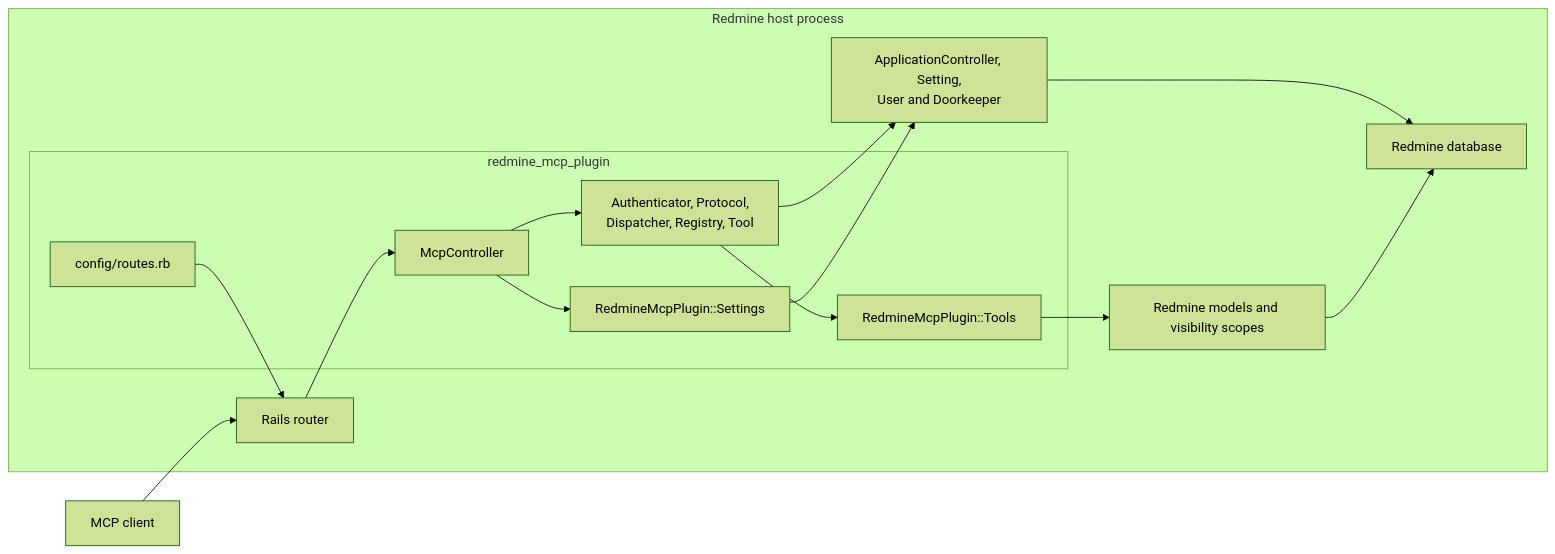
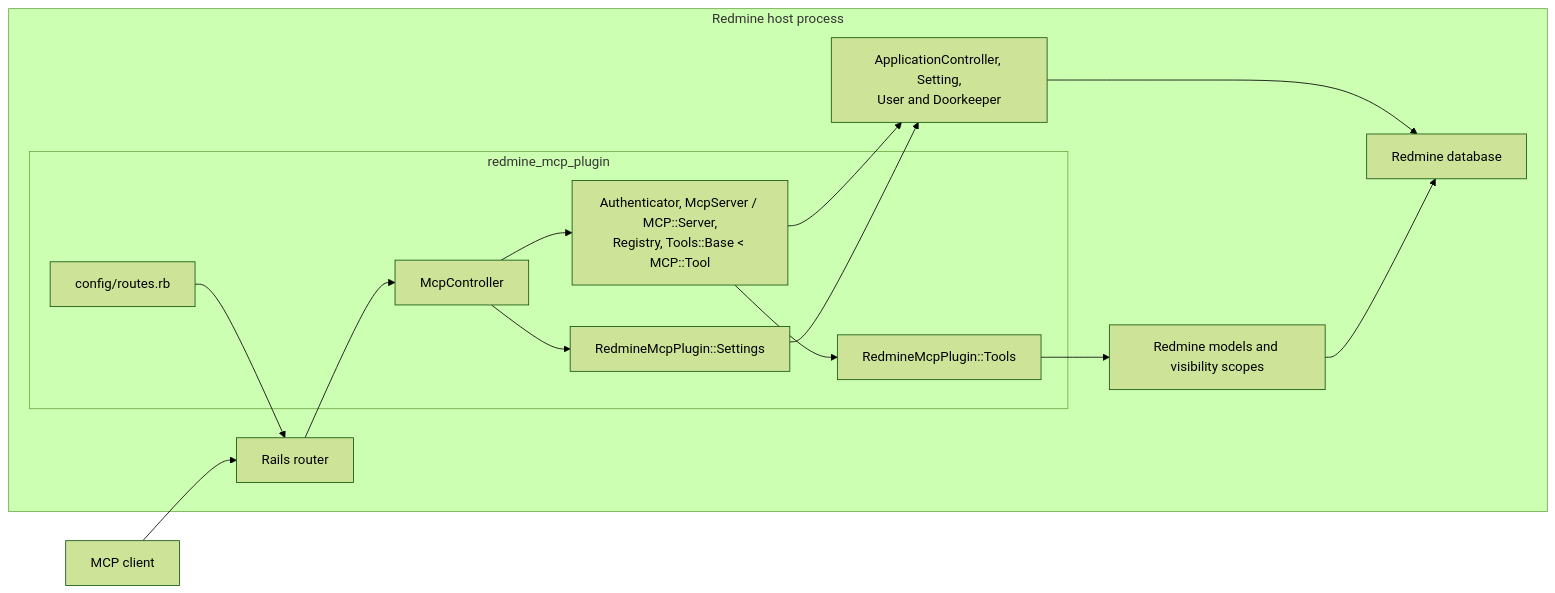
Before and after one commit to arthuursantos/redmine_mcp_plugin: the first of 2 diagrams in ARCHITECTURE.md, drawn with Mermaid (forest theme). The commit also changed other lines of this file and 32 other files, not shown here.

Commit message:
refactor(mcp): migrate protocol core to SDK

````diff
--- a/ARCHITECTURE.md
+++ b/ARCHITECTURE.md
@@ -13,32 +13,32 @@
 ```mermaid
 flowchart LR
   Client["MCP client"]
 
   subgraph Host["Redmine host process"]
     Router["Rails router"]
 
     subgraph Plugin["redmine_mcp_plugin"]
       Routes["config/routes.rb"]
       Controller["McpController"]
-      Core["Authenticator, Protocol,<br/>Dispatcher, Registry, Tool"]
+      Core["Authenticator, McpServer / MCP::Server,<br/>Registry, Tools::Base &lt; MCP::Tool"]
       Tools["RedmineMcpPlugin::Tools"]
       PluginSettings["RedmineMcpPlugin::Settings"]
     end
 
     HostServices["ApplicationController, Setting,<br/>User and Doorkeeper"]
     Models["Redmine models and visibility scopes"]
     Database["Redmine database"]
   end
 
   Client --> Router
   Routes --> Router
   Router --> Controller
   Controller --> Core
   Controller --> PluginSettings
   Core --> HostServices
   Core --> Tools
   Tools --> Models
   PluginSettings --> HostServices
   HostServices --> Database
   Models --> Database
 ```
````
